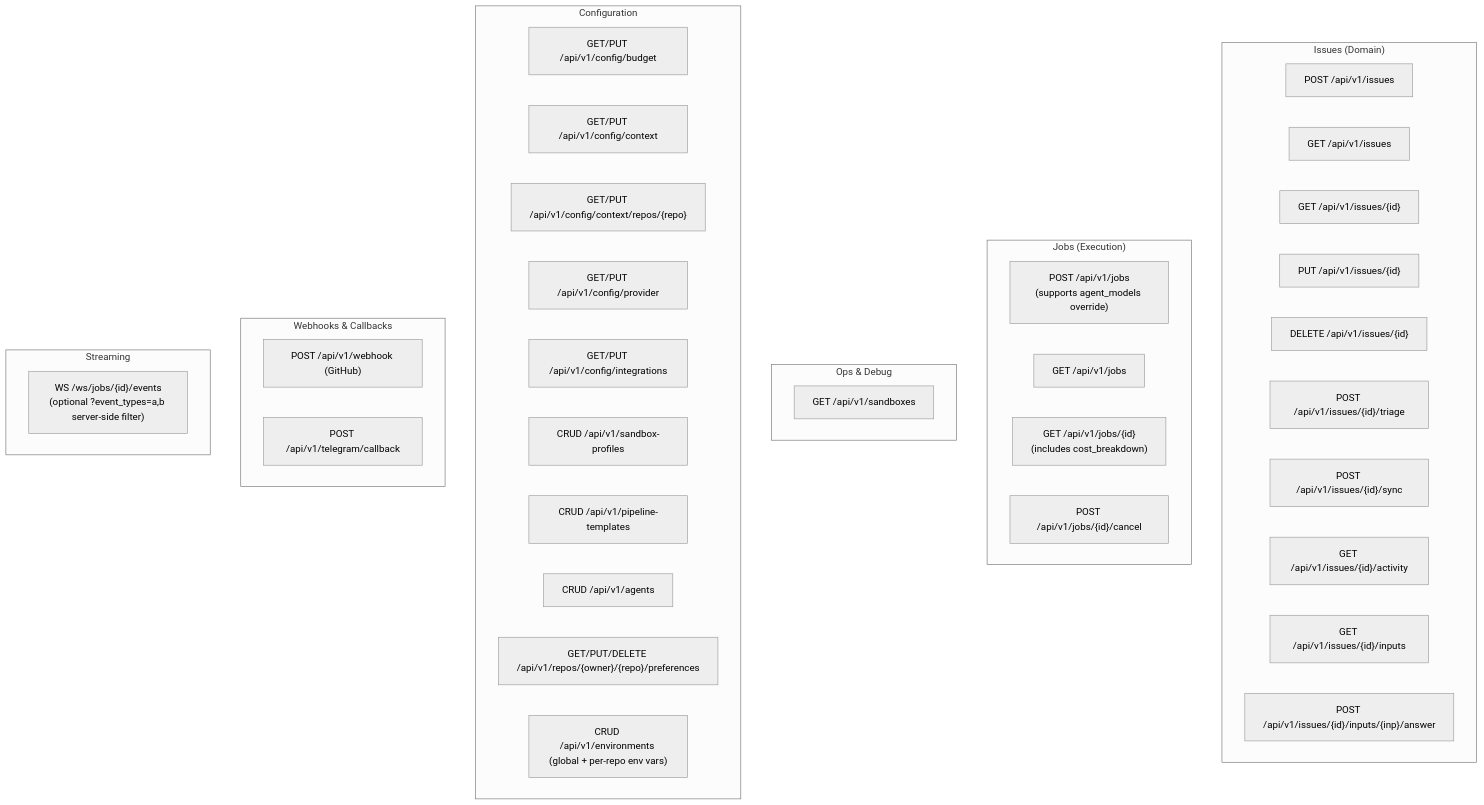
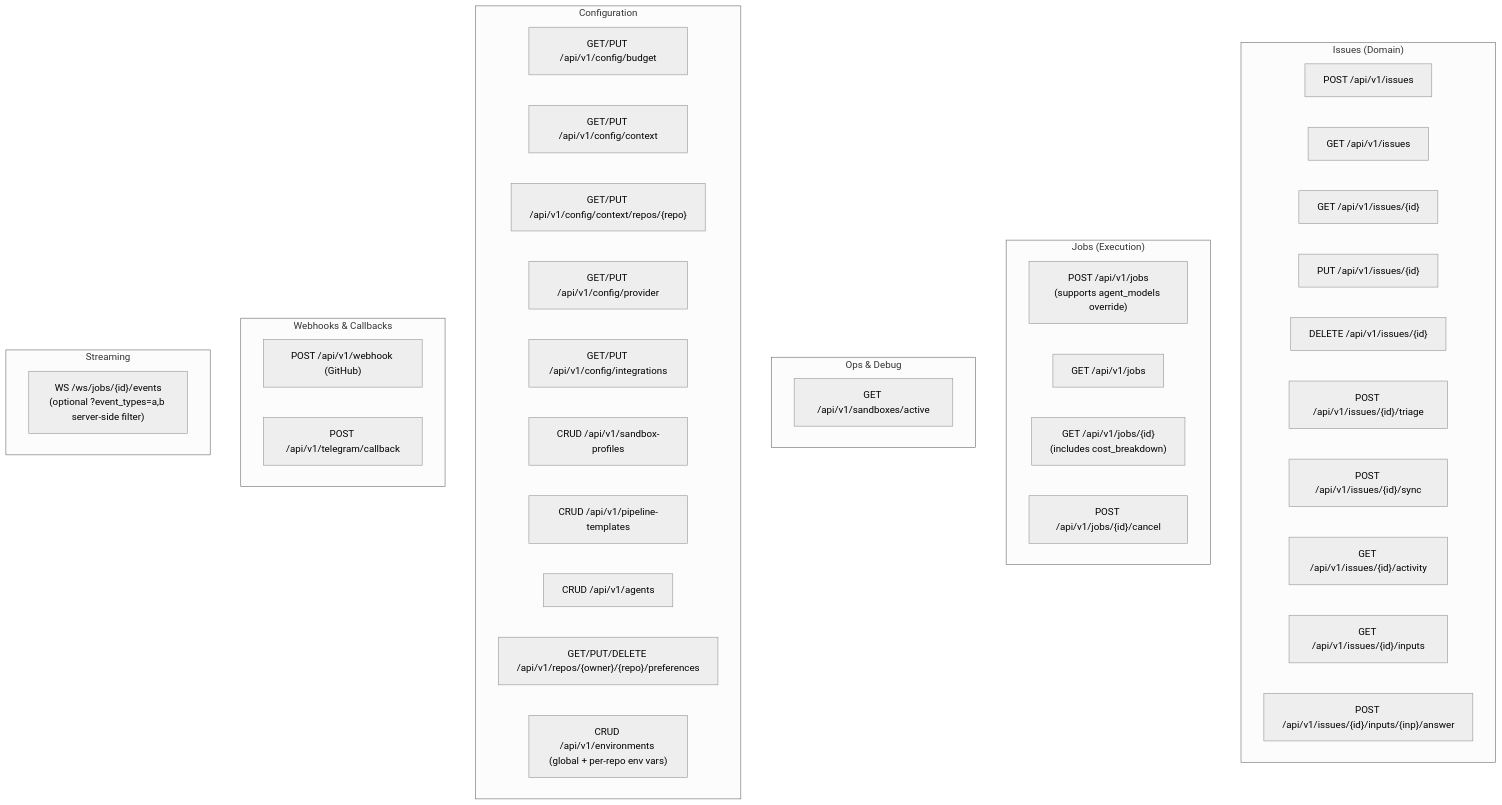
Before and after one commit to sudoTomas/embry0: the seventh of 10 diagrams in docs/architecture.md, drawn with Mermaid (neutral theme). The commit also changed other lines of this file and 1 other file, not shown here.

Commit message:
docs: update API references from /sandboxes to /sandboxes/active
Follow-up to the Task 8 rename — the README curl example and the
architecture doc's two endpoint references now point at the new path.

````diff
--- a/docs/architecture.md
+++ b/docs/architecture.md
@@ -454,49 +454,49 @@
 ```mermaid
 graph TB
     subgraph "Issues (Domain)"
         IC["POST /api/v1/issues"]
         IL["GET /api/v1/issues"]
         ID["GET /api/v1/issues/{id}"]
         IU["PUT /api/v1/issues/{id}"]
         IX["DELETE /api/v1/issues/{id}"]
         IT["POST /api/v1/issues/{id}/triage"]
         IS["POST /api/v1/issues/{id}/sync"]
         IA["GET /api/v1/issues/{id}/activity"]
         II["GET /api/v1/issues/{id}/inputs"]
         IIA["POST /api/v1/issues/{id}/inputs/{inp}/answer"]
     end
 
     subgraph "Jobs (Execution)"
         JC["POST /api/v1/jobs<br/>(supports agent_models override)"]
         JL["GET /api/v1/jobs"]
         JD["GET /api/v1/jobs/{id}<br/>(includes cost_breakdown)"]
         JX["POST /api/v1/jobs/{id}/cancel"]
     end
 
 
     subgraph "Ops & Debug"
-        SBL["GET /api/v1/sandboxes"]
+        SBL["GET /api/v1/sandboxes/active"]
     end
 
     subgraph "Configuration"
         BG["GET/PUT /api/v1/config/budget"]
         CX["GET/PUT /api/v1/config/context"]
         CR["GET/PUT /api/v1/config/context/repos/{repo}"]
         PR["GET/PUT /api/v1/config/provider"]
         IG["GET/PUT /api/v1/config/integrations"]
         SP["CRUD /api/v1/sandbox-profiles"]
         PT["CRUD /api/v1/pipeline-templates"]
         AG["CRUD /api/v1/agents"]
         RP["GET/PUT/DELETE /api/v1/repos/{owner}/{repo}/preferences"]
         ENV["CRUD /api/v1/environments (global + per-repo env vars)"]
     end
 
     subgraph "Webhooks & Callbacks"
         WH["POST /api/v1/webhook (GitHub)"]
         TC["POST /api/v1/telegram/callback"]
     end
 
     subgraph "Streaming"
         WSK["WS /ws/jobs/{id}/events<br/>(optional ?event_types=a,b server-side filter)"]
     end
 ```
````
